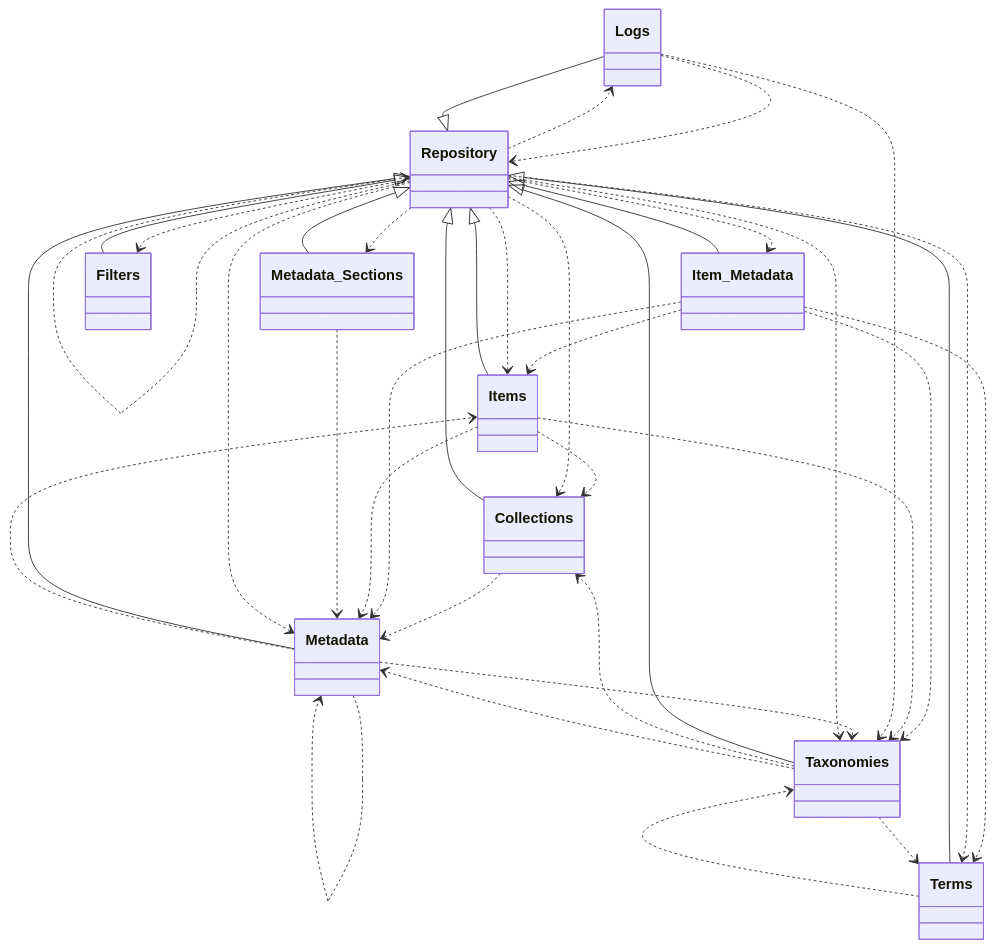
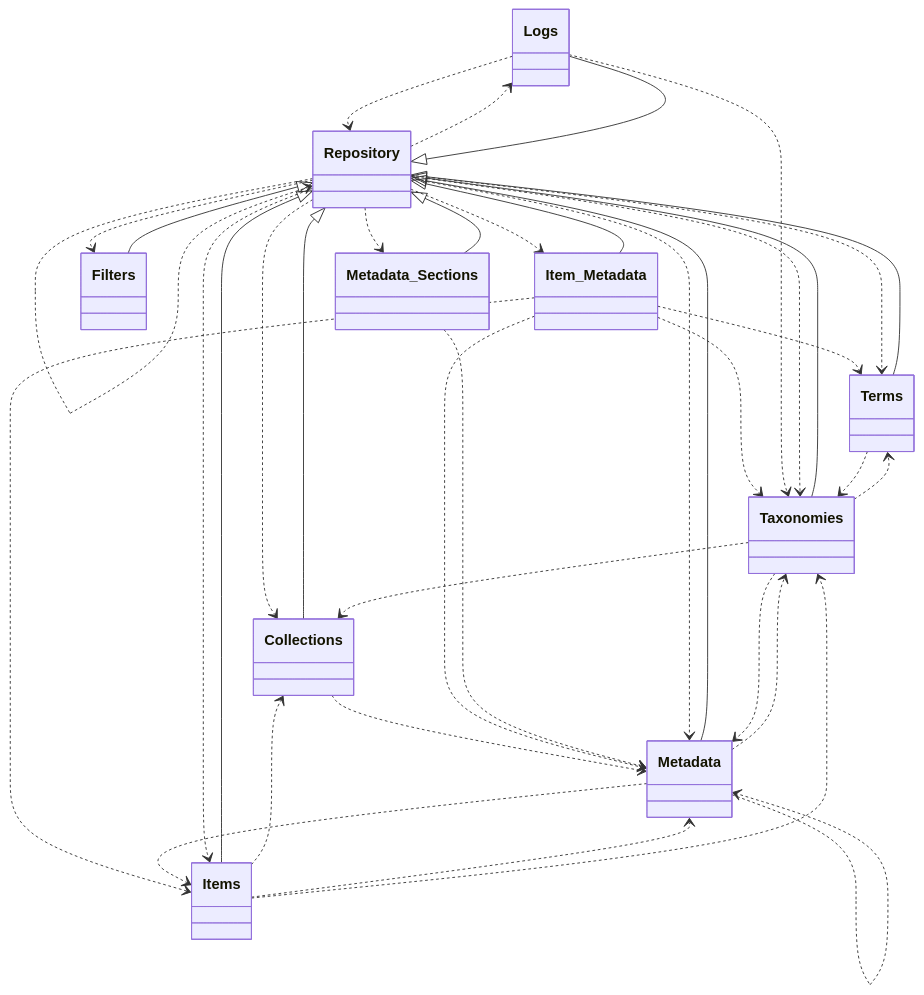
Diagram 12 of 13 in docs/phpdoc/Home.md (tainacan/tainacan), drawn with Mermaid before and after one commit. The commit also changed other lines of this file and 100 other files, not shown here.

````diff
--- a/docs/phpdoc/Home.md
+++ b/docs/phpdoc/Home.md
@@ -688,52 +688,52 @@
 ```mermaid
 classDiagram
     direction TB
-    class Item_Metadata { }
-    class Logs { }
-    class Metadata_Sections { }
-    class Metadata { }
+    class Terms { }
     class Logs { }
     class Repository { }
+    class Item_Metadata { }
     class Taxonomies { }
     class Items { }
+    class Logs { }
+    class Metadata { }
     class Collections { }
     class Filters { }
-    class Terms { }
+    class Metadata_Sections { }
     Collections ..> Metadata
     Item_Metadata ..> Items
     Item_Metadata ..> Metadata
     Item_Metadata ..> Taxonomies
     Item_Metadata ..> Terms
     Items ..> Collections
     Items ..> Metadata
     Items ..> Taxonomies
     Logs ..> Repository
     Logs ..> Taxonomies
     Metadata ..> Items
     Metadata ..> Metadata
     Metadata ..> Taxonomies
     Metadata_Sections ..> Metadata
     Repository ..> Collections
     Repository ..> Filters
     Repository ..> Item_Metadata
     Repository ..> Items
     Repository ..> Logs
     Repository ..> Metadata
     Repository ..> Metadata_Sections
     Repository ..> Repository
     Repository ..> Taxonomies
     Repository ..> Terms
     Repository <|-- Collections
     Repository <|-- Filters
     Repository <|-- Item_Metadata
     Repository <|-- Items
     Repository <|-- Logs
     Repository <|-- Metadata
     Repository <|-- Metadata_Sections
     Repository <|-- Taxonomies
     Repository <|-- Terms
     Taxonomies ..> Collections
     Taxonomies ..> Metadata
     Taxonomies ..> Terms
     Terms ..> Taxonomies
 ```
````
